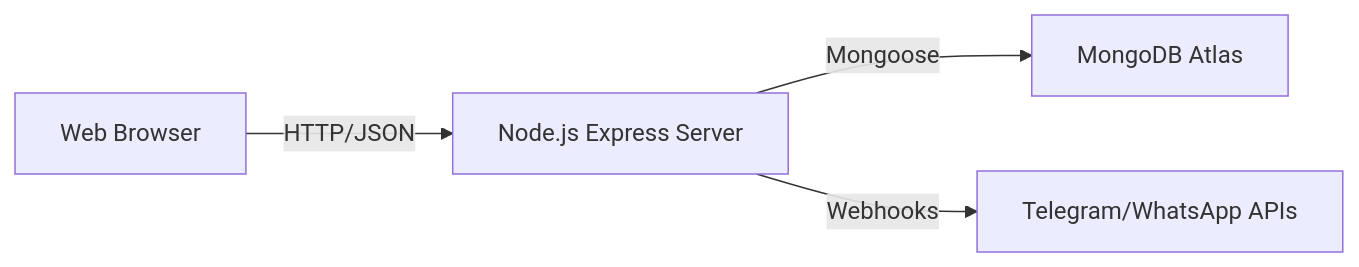
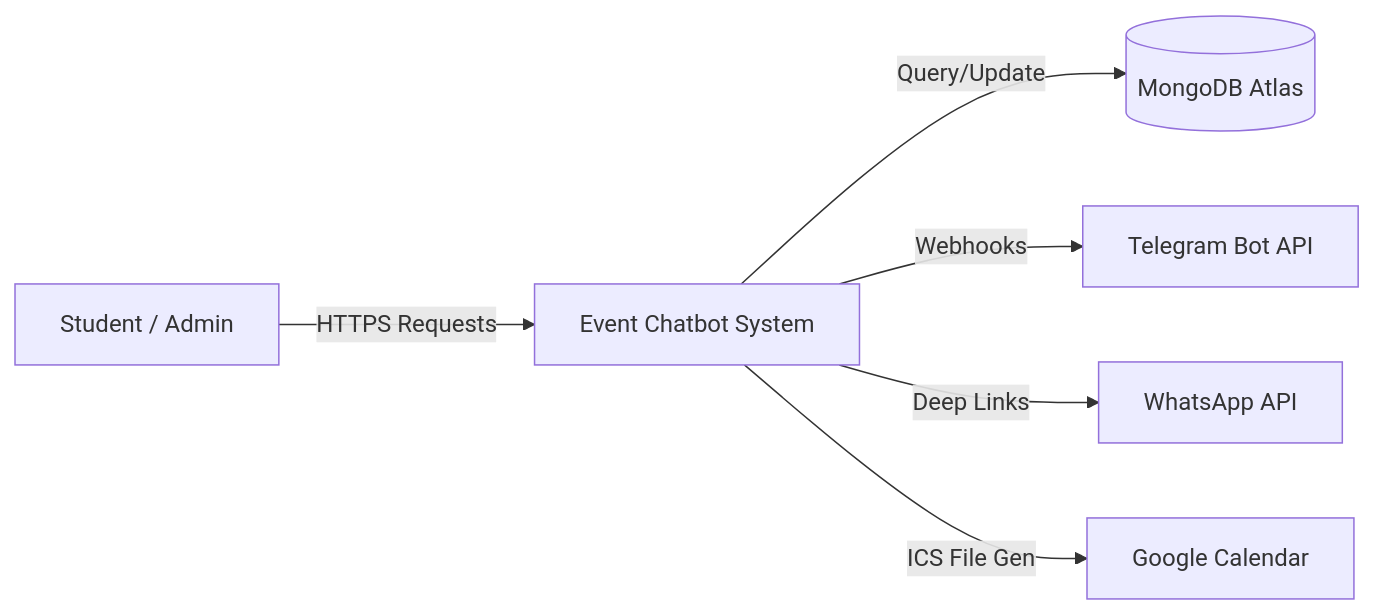
The diagram in docs/SDS_DOCUMENT.md (jadumaster/campus-event-reminder-chatbot), drawn with Mermaid before and after one commit. The commit also changed other lines of this file and 3 other files, not shown here.

````diff
--- a/docs/SDS_DOCUMENT.md
+++ b/docs/SDS_DOCUMENT.md
@@ -15,6 +21,8 @@
 ```mermaid
 graph LR
-    Client[Web Browser] -- HTTP/JSON --> Server[Node.js Express Server]
-    Server -- Mongoose --> Database[MongoDB Atlas]
-    Server -- Webhooks --> External[Telegram/WhatsApp APIs]
+    User[Student / Admin] -- HTTPS Requests --> System[Event Chatbot System]
+    System -- Query/Update --> DB[(MongoDB Atlas)]
+    System -- Webhooks --> Telegram[Telegram Bot API]
+    System -- Deep Links --> WhatsApp[WhatsApp API]
+    System -- ICS File Gen --> GCal[Google Calendar]
 ```
````
